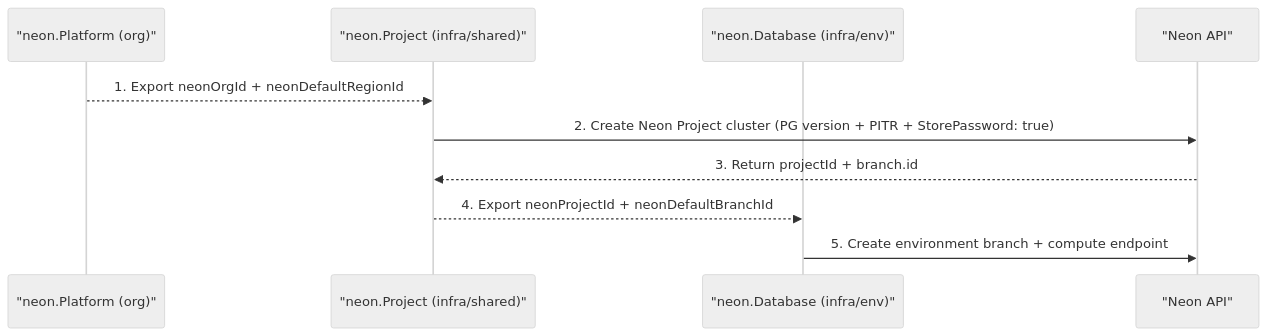
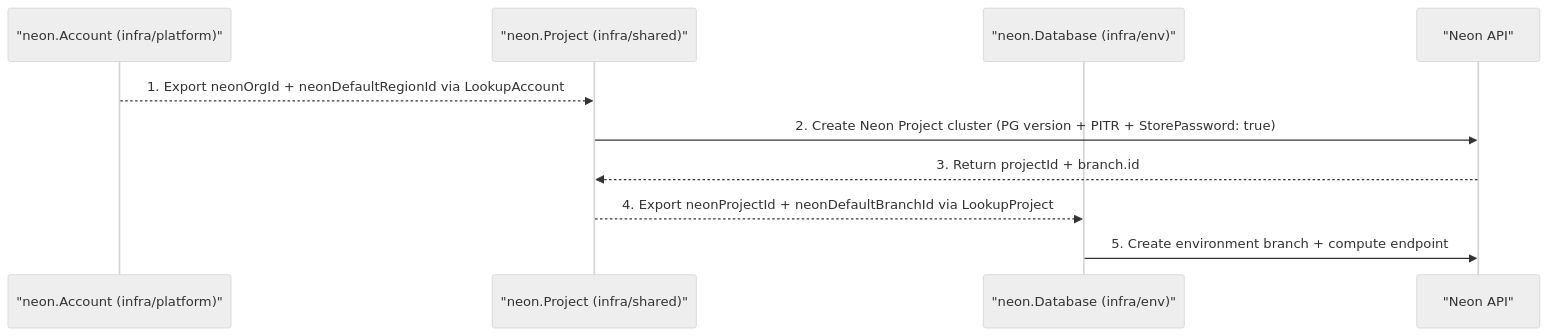
Before and after one commit to cloudvoyant/openbase: the second of 2 diagrams in docs/architecture/providers/neon/index.md, drawn with Mermaid (neutral theme). The commit also changed other lines of this file and 64 other files, not shown here.

````diff
--- a/docs/architecture/providers/neon/index.md
+++ b/docs/architecture/providers/neon/index.md
@@ -49,13 +49,13 @@
 ```mermaid
 sequenceDiagram
-    participant Plat as "neon.Platform (org)"
+    participant Acc as "neon.Account (infra/platform)"
     participant Proj as "neon.Project (infra/shared)"
     participant DB as "neon.Database (infra/env)"
     participant Neon as "Neon API"
 
-    Plat-->>Proj: 1. Export neonOrgId + neonDefaultRegionId
+    Acc-->>Proj: 1. Export neonOrgId + neonDefaultRegionId via LookupAccount
     Proj->>Neon: 2. Create Neon Project cluster (PG version + PITR + StorePassword: true)
     Neon-->>Proj: 3. Return projectId + branch.id
-    Proj-->>DB: 4. Export neonProjectId + neonDefaultBranchId
+    Proj-->>DB: 4. Export neonProjectId + neonDefaultBranchId via LookupProject
     DB->>Neon: 5. Create environment branch + compute endpoint
 ```
````
